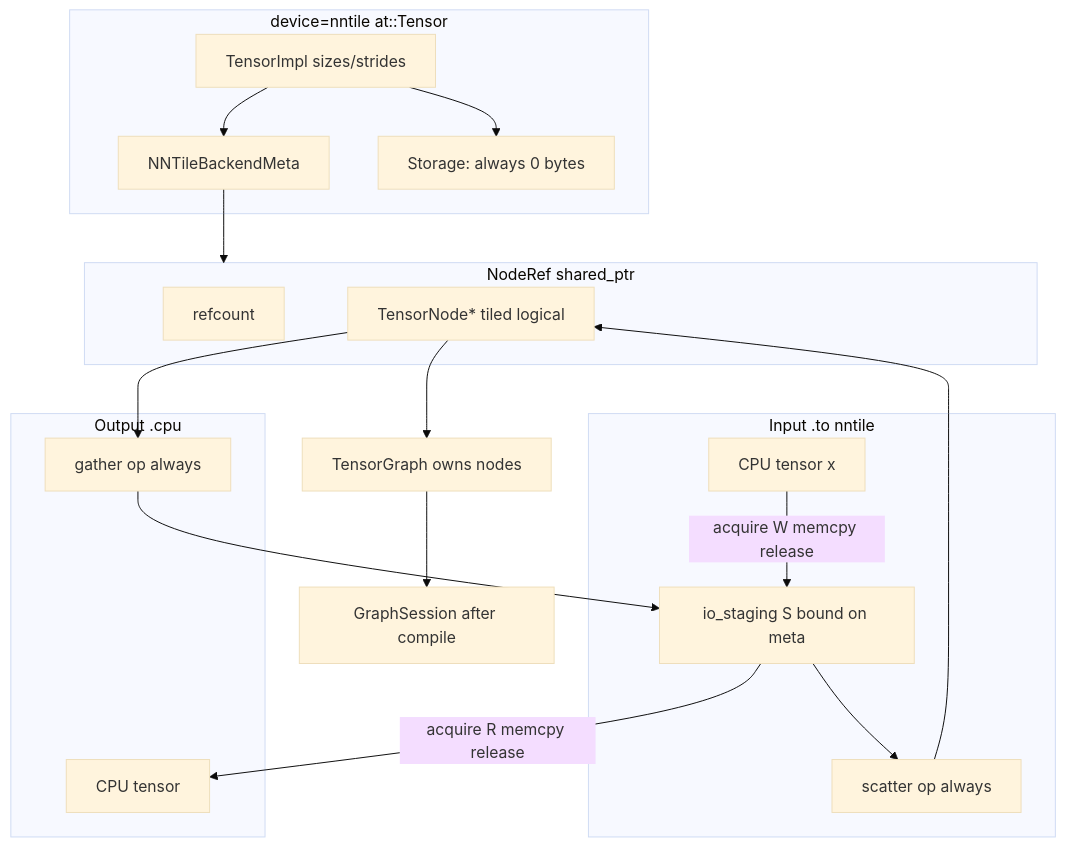
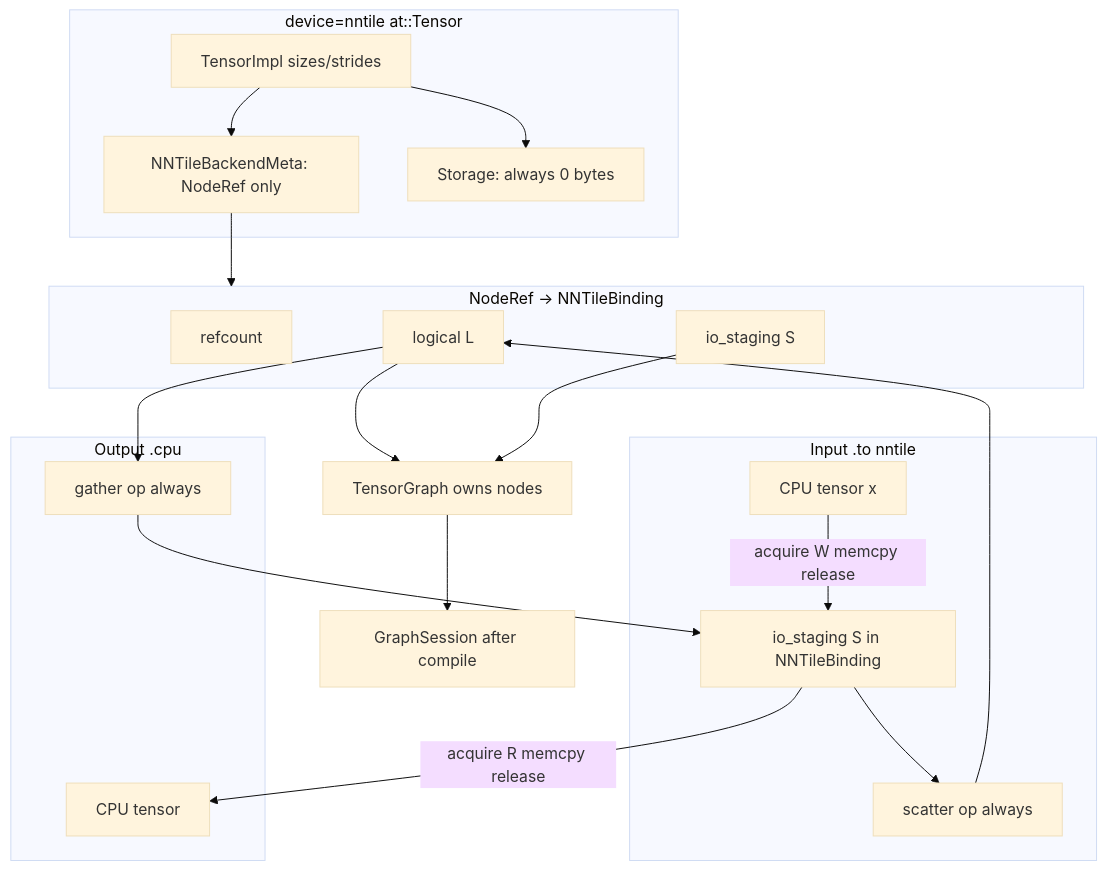
One commit to nntile/nntile changed the diagram in docs/dev/nntile_tensor_impl_plan.md. Above: the diagram before and after it, drawn with Mermaid (base theme). The commit also changed other lines of this file, not shown here.

Commit message:
docs: io_staging inside NNTileBinding, not BackendMeta sibling

````diff
--- a/docs/dev/nntile_tensor_impl_plan.md
+++ b/docs/dev/nntile_tensor_impl_plan.md
@@ -69,36 +69,38 @@
 ```mermaid
 flowchart TD
     subgraph tensor [device=nntile at::Tensor]
         Impl[TensorImpl sizes/strides]
-        Meta[NNTileBackendMeta]
+        Meta["NNTileBackendMeta: NodeRef only"]
         Storage["Storage: always 0 bytes"]
         Impl --> Meta
         Impl --> Storage
     end
 
-    subgraph noderef [NodeRef shared_ptr]
+    subgraph noderef [NodeRef → NNTileBinding]
         RC[refcount]
-        Ptr["TensorNode* tiled logical"]
+        L[logical L]
+        S[io_staging S]
     end
 
     Meta --> noderef
-    Ptr --> TG[TensorGraph owns nodes]
+    L --> TG[TensorGraph owns nodes]
+    S --> TG
     TG --> Session[GraphSession after compile]
 
     subgraph input_io [Input .to nntile]
         CPUx[CPU tensor x]
-        IO["io_staging S bound on meta"]
+        IO["io_staging S in NNTileBinding"]
         Scatter[scatter op always]
         CPUx -->|acquire W memcpy release| IO
         IO --> Scatter
-        Scatter --> Ptr
+        Scatter --> L
     end
 
     subgraph output_io [Output .cpu]
         Gather[gather op always]
         CPUout[CPU tensor]
-        Ptr --> Gather
+        L --> Gather
         Gather --> IO
         IO -->|acquire R memcpy release| CPUout
     end
 ```
````
